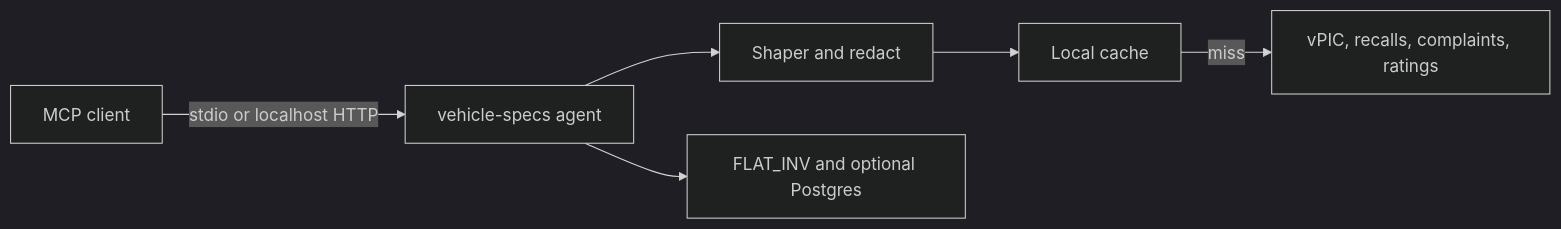
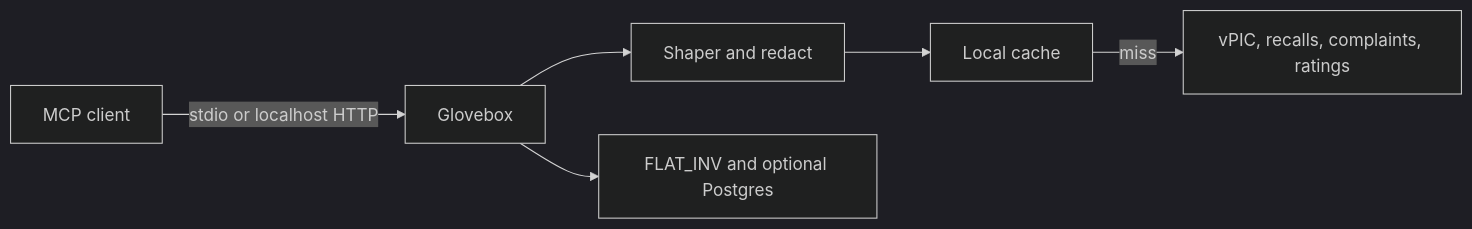
One commit to Zach-beck/glovebox-nhtsa changed the diagram in docs/architecture.md. Above: the diagram before and after it, drawn with Mermaid (dark theme). The commit also changed other lines of this file and 67 other files, not shown here.

First line of the commit message:
Build Glovebox, a local NHTSA MCP server.

````diff
--- a/docs/architecture.md
+++ b/docs/architecture.md
@@ -11,17 +11,17 @@
 ```mermaid
 flowchart LR
   client[MCP client]
-  server[vehicle-specs agent]
+  server[Glovebox]
   shaper[Shaper and redact]
   cache[Local cache]
   live[Live NHTSA APIs]
   files[Local indexes]
 
   client -->|stdio or localhost HTTP| server
   server --> shaper
   shaper --> cache
   cache -->|miss| live
   server --> files
   live[vPIC, recalls, complaints, ratings]
   files[FLAT_INV and optional Postgres]
 ```
````
